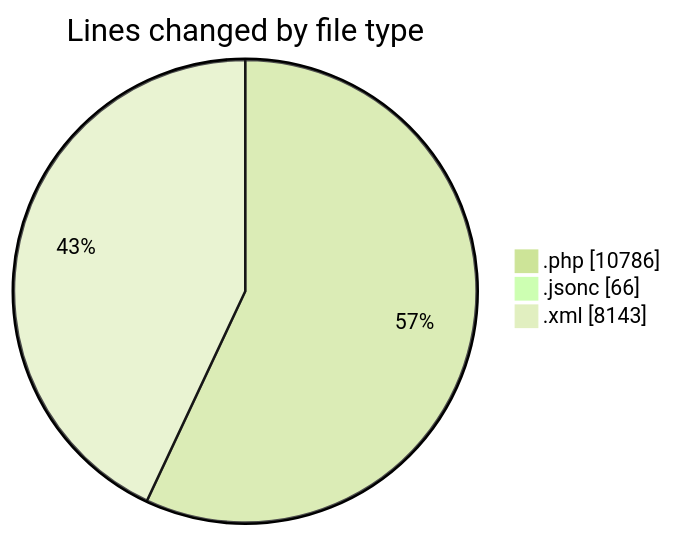
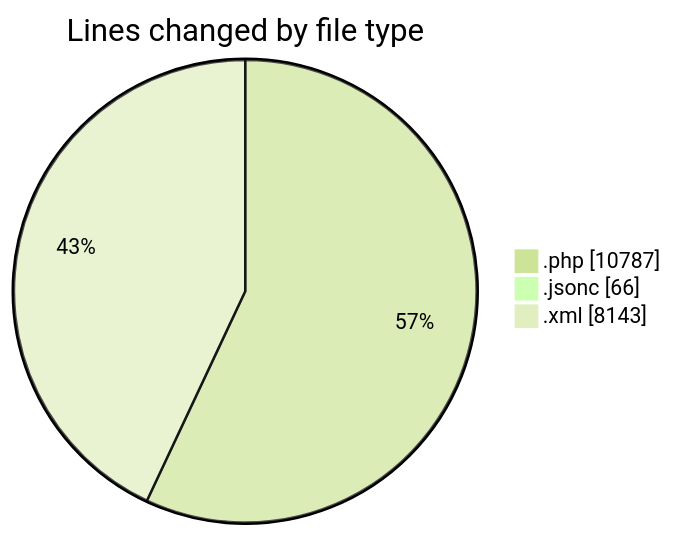
The first of 2 diagrams in 2025-09-06/shop/README.md (vahidmafi/code-tracking), drawn with Mermaid (forest theme) before and after one commit. The commit also changed other lines of this file and 1 other file, not shown here.

````diff
--- a/2025-09-06/shop/README.md
+++ b/2025-09-06/shop/README.md
@@ -31,7 +31,7 @@
 ```mermaid
 pie showData
 title Lines changed by file type
-".php" : 10786
+".php" : 10787
 ".jsonc" : 66
 ".xml" : 8143
 ```
````
